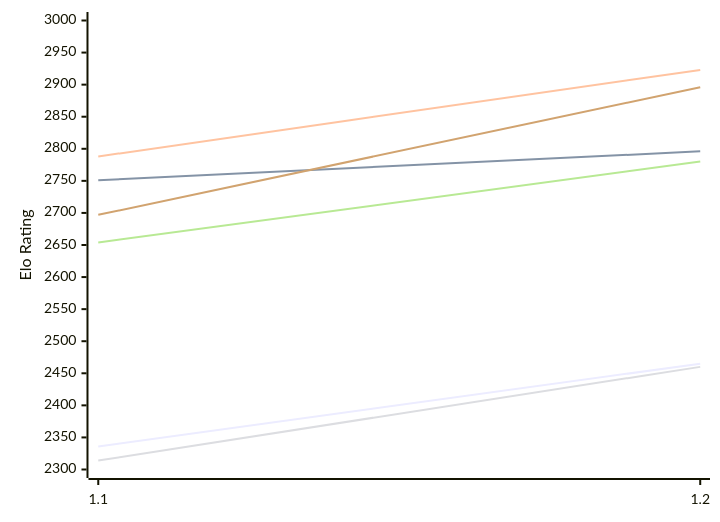
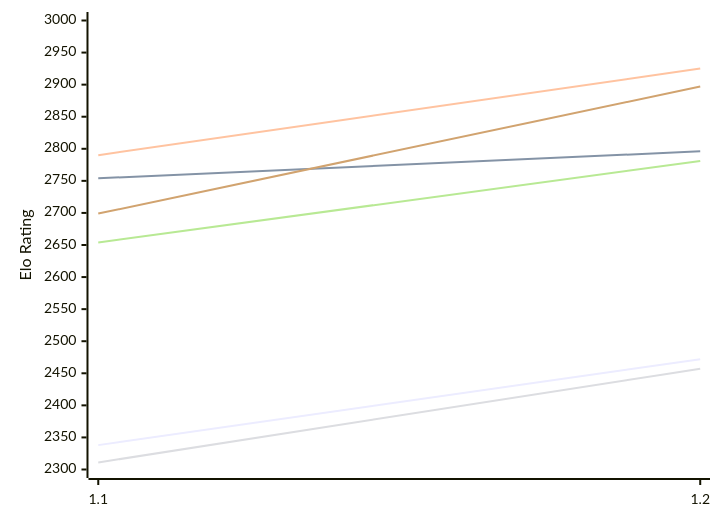
The first of 2 diagrams in engines/FoxChess.md (computer-chess-index/cci), drawn with Mermaid before and after one commit. The commit also changed other lines of this file, not shown here.

Commit message:
Update CCI Ratings (ELO VLTC) - 2026-11-22

````diff
--- a/engines/FoxChess.md
+++ b/engines/FoxChess.md
@@ -51,12 +51,12 @@
 ```mermaid
 %%{init: {"theme":"base","themeVariables":{"seriesColors:['#a3a3a3','#222221','#faa371']}}}%%
 xychart-beta
   x-axis ["1.1", "1.2"]
   y-axis "Elo Rating" 2300 --> 3000
-  line "E1: STC (8.0+0.08s)" [2336, 2465]
-  line "E1: LTC (60.0+0.60s)" [2751, 2796]
-  line "E1: VLTC (2m24s+1.12s)" [2788, 2923]
-  line "P1: STC (8.0+0.08s)" [2314, 2460]
-  line "P1: LTC (60.0+0.60s)" [2654, 2780]
-  line "P1: VLTC (2m24s+1.12s)" [2697, 2896]
+  line "E1: STC (8.0+0.08s)" [2338, 2472]
+  line "E1: LTC (60.0+0.60s)" [2754, 2796]
+  line "E1: VLTC (2m24s+1.12s)" [2790, 2925]
+  line "P1: STC (8.0+0.08s)" [2311, 2457]
+  line "P1: LTC (60.0+0.60s)" [2654, 2781]
+  line "P1: VLTC (2m24s+1.12s)" [2699, 2897]
 ```
````
